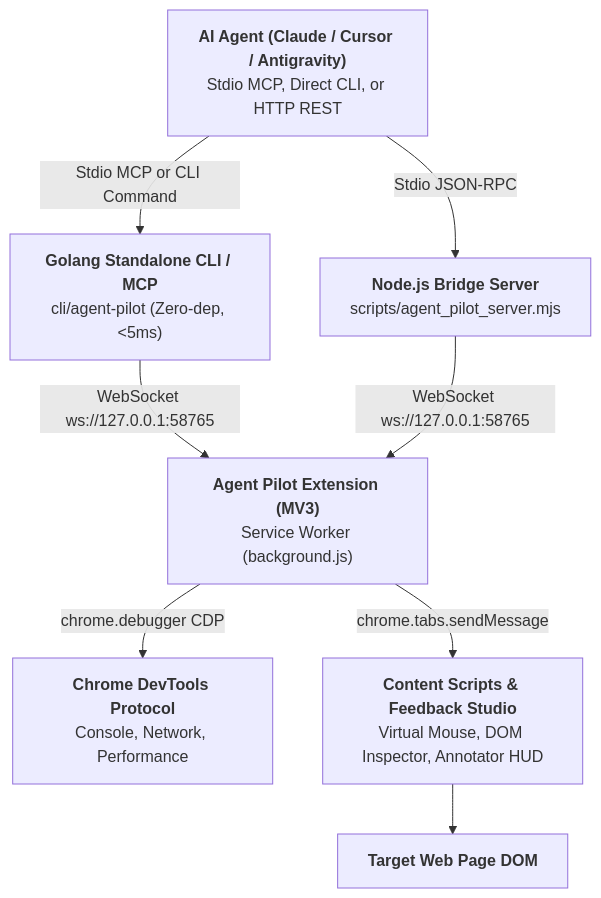
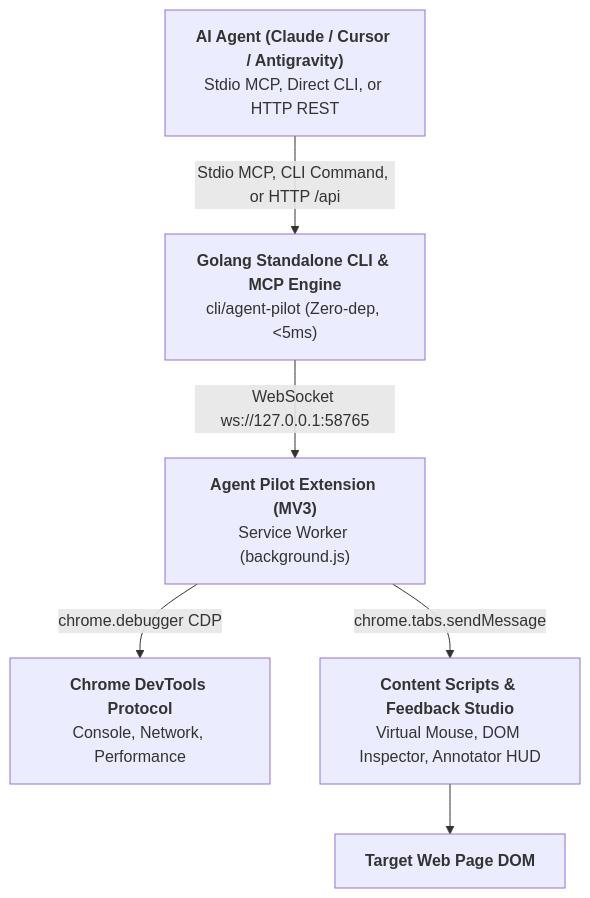
Before and after one commit to ducconit/agent-pilot: the diagram in skills/agent-pilot/SKILL.md, drawn with Mermaid. The commit also changed 36 other files, not shown here.

Commit message:
feat(mcp): replace legacy node bridge with standalone go cli & update local mcp configuration

````diff
--- a/skills/agent-pilot/SKILL.md
+++ b/skills/agent-pilot/SKILL.md
@@ -31,14 +31,11 @@
 ```mermaid
 flowchart TD
     Agent["<b>AI Agent (Claude / Cursor / Antigravity)</b><br/>Stdio MCP, Direct CLI, or HTTP REST"]
-    GoCLI["<b>Golang Standalone CLI / MCP</b><br/>cli/agent-pilot (Zero-dep, &lt;5ms)"]
-    NodeServer["<b>Node.js Bridge Server</b><br/>scripts/agent_pilot_server.mjs"]
+    GoCLI["<b>Golang Standalone CLI & MCP Engine</b><br/>cli/agent-pilot (Zero-dep, &lt;5ms)"]
     
-    Agent -->|Stdio MCP or CLI Command| GoCLI
-    Agent -->|Stdio JSON-RPC| NodeServer
+    Agent -->|Stdio MCP, CLI Command, or HTTP /api| GoCLI
     GoCLI -->|WebSocket ws://127.0.0.1:58765| Ext["<b>Agent Pilot Extension (MV3)</b><br/>Service Worker (background.js)"]
-    NodeServer -->|WebSocket ws://127.0.0.1:58765| Ext
     Ext -->|chrome.debugger CDP| CDP["<b>Chrome DevTools Protocol</b><br/>Console, Network, Performance"]
     Ext -->|chrome.tabs.sendMessage| Content["<b>Content Scripts & Feedback Studio</b><br/>Virtual Mouse, DOM Inspector, Annotator HUD"]
     Content --> WebPage["<b>Target Web Page DOM</b>"]
 ```
````
